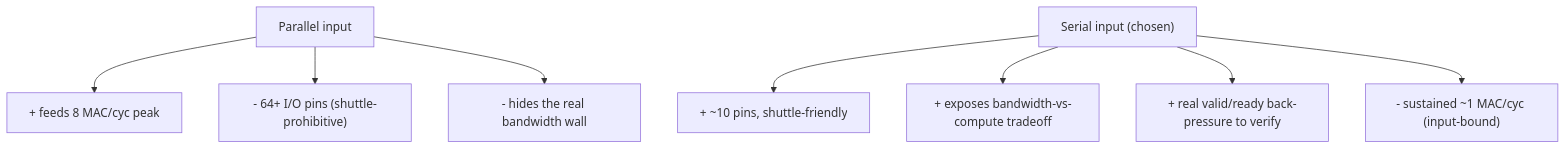
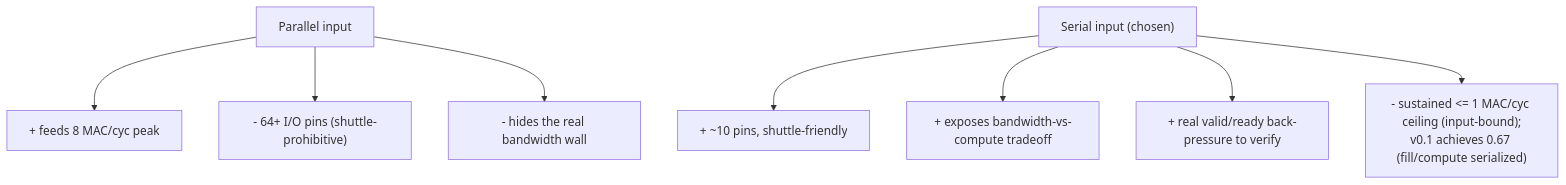
Before and after one commit to ChrChr50/proto-accelerators: the fifth of 6 diagrams in macc8/docs/int8_mac_block_diagram.md, drawn with Mermaid. The commit also changed other lines of this file and 1 other file, not shown here.

First line of the commit message:
Fix spec: per-chunk latency is L+4 and fill does not overlap compute

````diff
--- a/macc8/docs/int8_mac_block_diagram.md
+++ b/macc8/docs/int8_mac_block_diagram.md
@@ -125,10 +129,10 @@
 ```mermaid
 flowchart TD
     P["Parallel input"] --> P1["+ feeds 8 MAC/cyc peak"]
     P --> P2["- 64+ I/O pins (shuttle-prohibitive)"]
     P --> P3["- hides the real bandwidth wall"]
     SER["Serial input (chosen)"] --> S1["+ ~10 pins, shuttle-friendly"]
     SER --> S2["+ exposes bandwidth-vs-compute tradeoff"]
     SER --> S3["+ real valid/ready back-pressure to verify"]
-    SER --> S4["- sustained ~1 MAC/cyc (input-bound)"]
+    SER --> S4["- sustained <= 1 MAC/cyc ceiling (input-bound);<br/>v0.1 achieves 0.67 (fill/compute serialized)"]
 ```
````
